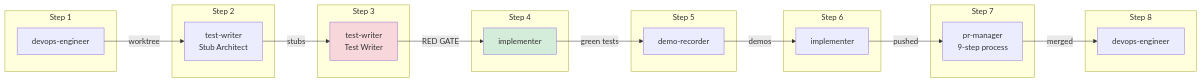
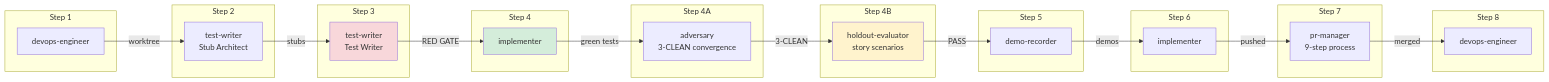
Before and after one commit to drbothen/vsdd-factory: the second of 2 diagrams in docs/guide/phase-3-tdd-delivery.md, drawn with Mermaid. The commit also changed other lines of this file and 5 other files, not shown here.

First line of the commit message:
feat(per-story-delivery): story-level holdout gate — three-tier holdout evaluation

````diff
--- a/docs/guide/phase-3-tdd-delivery.md
+++ b/docs/guide/phase-3-tdd-delivery.md
@@ -70,38 +74,47 @@
 ```mermaid
 graph LR
     subgraph "Step 1"
         DE1[devops-engineer]
     end
     subgraph "Step 2"
         TW1[test-writer<br/>Stub Architect]
     end
     subgraph "Step 3"
         TW2[test-writer<br/>Test Writer]
     end
     subgraph "Step 4"
         IMP[implementer]
+    end
+    subgraph "Step 4A"
+        ADV[adversary<br/>3-CLEAN convergence]
+    end
+    subgraph "Step 4B"
+        HE[holdout-evaluator<br/>story scenarios]
     end
     subgraph "Step 5"
         DR[demo-recorder]
     end
     subgraph "Step 6"
         IMP2[implementer]
     end
     subgraph "Step 7"
         PM[pr-manager<br/>9-step process]
     end
     subgraph "Step 8"
         DE2[devops-engineer]
     end
 
     DE1 -->|worktree| TW1
     TW1 -->|stubs| TW2
     TW2 -->|RED GATE| IMP
-    IMP -->|green tests| DR
+    IMP -->|green tests| ADV
+    ADV -->|3-CLEAN| HE
+    HE -->|PASS| DR
     DR -->|demos| IMP2
     IMP2 -->|pushed| PM
     PM -->|merged| DE2
 
     style TW2 fill:#f8d7da
     style IMP fill:#d4edda
+    style HE fill:#fff3cd
 ```
````
